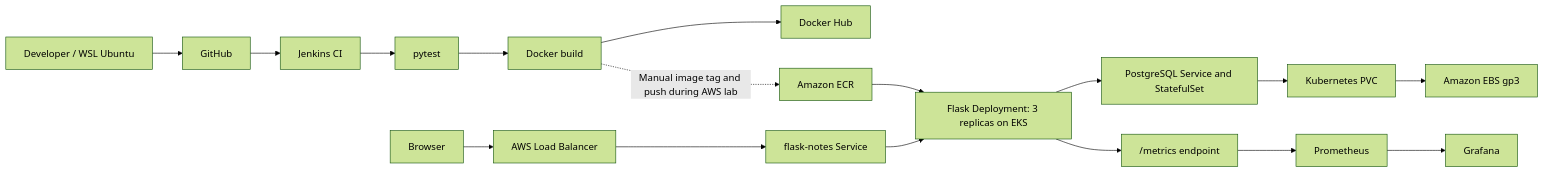
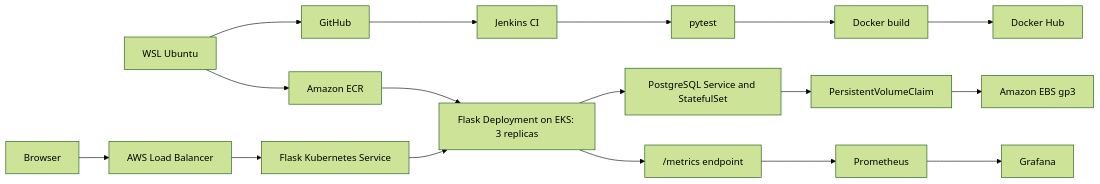
Before and after one commit to iam-vinod7/cloudcart-devops: the diagram in README.md, drawn with Mermaid (forest theme). The commit also changed other lines of this file, not shown here.

````diff
--- a/README.md
+++ b/README.md
@@ -9,22 +9,22 @@
 ```mermaid
 flowchart LR
-    DEV["Developer / WSL Ubuntu"] --> GH["GitHub"]
+    DEV["WSL Ubuntu"] --> GH["GitHub"]
     GH --> J["Jenkins CI"]
     J --> T["pytest"]
     T --> B["Docker build"]
     B --> DH["Docker Hub"]
 
-    B -. "Manual image tag and push during AWS lab" .-> ECR["Amazon ECR"]
-    ECR --> PODS["Flask Deployment: 3 replicas on EKS"]
+    DEV --> ECR["Amazon ECR"]
+    ECR --> PODS["Flask Deployment on EKS: 3 replicas"]
 
     USER["Browser"] --> ELB["AWS Load Balancer"]
-    ELB --> SVC["flask-notes Service"]
+    ELB --> SVC["Flask Kubernetes Service"]
     SVC --> PODS
     PODS --> DB["PostgreSQL Service and StatefulSet"]
-    DB --> PVC["Kubernetes PVC"]
+    DB --> PVC["PersistentVolumeClaim"]
     PVC --> EBS["Amazon EBS gp3"]
 
     PODS --> METRICS["/metrics endpoint"]
     METRICS --> PROM["Prometheus"]
     PROM --> GRAF["Grafana"]
 ```
````
